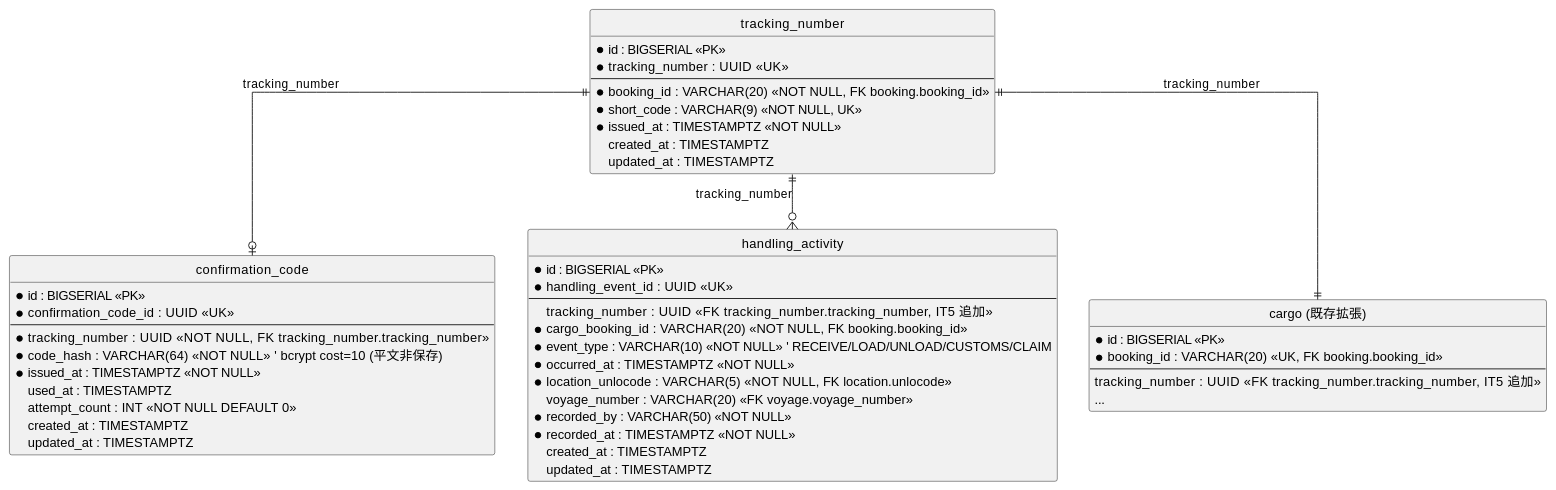
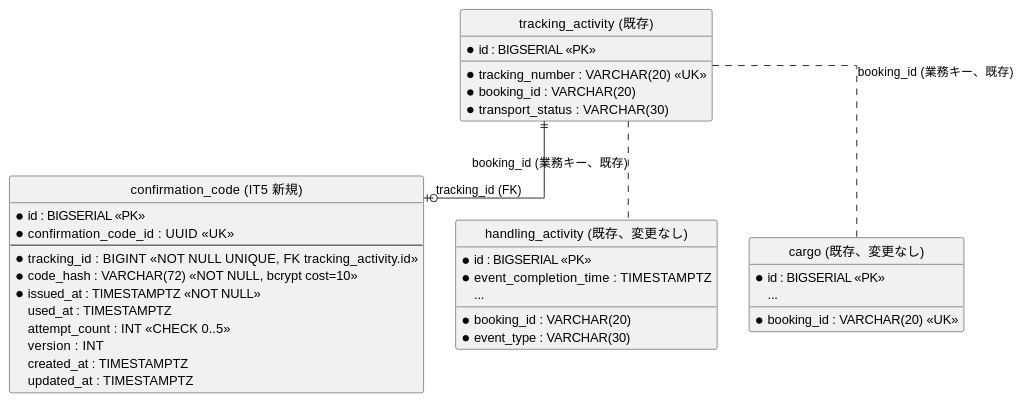
One commit to k2works/case-study-cargo-tracker changed the fourth of 11 diagrams in docs/development/iteration_plan-5.md. Above: the diagram before and after it, drawn with PlantUML. The commit also changed other lines of this file and 1 other file, not shown here.

````diff
--- a/docs/development/iteration_plan-5.md
+++ b/docs/development/iteration_plan-5.md
@@ -440,58 +440,45 @@
 ```plantuml
 @startuml
 hide circle
 skinparam linetype ortho
 
-entity "tracking_number" as tn {
+entity "tracking_activity (既存)" as ta {
     *id : BIGSERIAL <<PK>>
-    *tracking_number : UUID <<UK>>
+    *tracking_number : VARCHAR(20) <<UK>>
+    *booking_id : VARCHAR(20)
+    *transport_status : VARCHAR(30)
+}
+
+entity "confirmation_code (IT5 新規)" as cc {
+    *id : BIGSERIAL <<PK>>
+    *confirmation_code_id : UUID <<UK>>
     --
-    *booking_id : VARCHAR(20) <<NOT NULL, FK booking.booking_id>>
-    *short_code : VARCHAR(9) <<NOT NULL, UK>>
+    *tracking_id : BIGINT <<NOT NULL UNIQUE, FK tracking_activity.id>>
+    *code_hash : VARCHAR(72) <<NOT NULL, bcrypt cost=10>>
     *issued_at : TIMESTAMPTZ <<NOT NULL>>
+    used_at : TIMESTAMPTZ
+    attempt_count : INT <<CHECK 0..5>>
+    version : INT
     created_at : TIMESTAMPTZ
     updated_at : TIMESTAMPTZ
 }
 
-entity "confirmation_code" as cc {
+entity "handling_activity (既存、変更なし)" as ha {
     *id : BIGSERIAL <<PK>>
-    *confirmation_code_id : UUID <<UK>>
-    --
-    *tracking_number : UUID <<NOT NULL, FK tracking_number.tracking_number>>
-    *code_hash : VARCHAR(64) <<NOT NULL>>   ' bcrypt cost=10 (平文非保存)
-    *issued_at : TIMESTAMPTZ <<NOT NULL>>
-    used_at : TIMESTAMPTZ
-    attempt_count : INT <<NOT NULL DEFAULT 0>>
-    created_at : TIMESTAMPTZ
-    updated_at : TIMESTAMPTZ
-}
-
-entity "handling_activity" as ha {
-    *id : BIGSERIAL <<PK>>
-    *handling_event_id : UUID <<UK>>
-    --
-    tracking_number : UUID <<FK tracking_number.tracking_number, IT5 追加>>
-    *cargo_booking_id : VARCHAR(20) <<NOT NULL, FK booking.booking_id>>
-    *event_type : VARCHAR(10) <<NOT NULL>>  ' RECEIVE/LOAD/UNLOAD/CUSTOMS/CLAIM
-    *occurred_at : TIMESTAMPTZ <<NOT NULL>>
-    *location_unlocode : VARCHAR(5) <<NOT NULL, FK location.unlocode>>
-    voyage_number : VARCHAR(20) <<FK voyage.voyage_number>>
-    *recorded_by : VARCHAR(50) <<NOT NULL>>
-    *recorded_at : TIMESTAMPTZ <<NOT NULL>>
-    created_at : TIMESTAMPTZ
-    updated_at : TIMESTAMPTZ
-}
-
-entity "cargo (既存拡張)" as cg {
-    *id : BIGSERIAL <<PK>>
-    *booking_id : VARCHAR(20) <<UK, FK booking.booking_id>>
-    --
-    tracking_number : UUID <<FK tracking_number.tracking_number, IT5 追加>>
+    *booking_id : VARCHAR(20)
+    *event_type : VARCHAR(30)
+    *event_completion_time : TIMESTAMPTZ
     ...
 }
 
-tn ||--|| cg  : tracking_number
-tn ||--o{ ha  : tracking_number
-tn ||--o| cc  : tracking_number
+entity "cargo (既存、変更なし)" as cg {
+    *id : BIGSERIAL <<PK>>
+    *booking_id : VARCHAR(20) <<UK>>
+    ...
+}
+
+ta ||--o| cc : tracking_id (FK)
+ta .. cg : booking_id (業務キー、既存)
+ta .. ha : booking_id (業務キー、既存)
 @enduml
 ```
````
